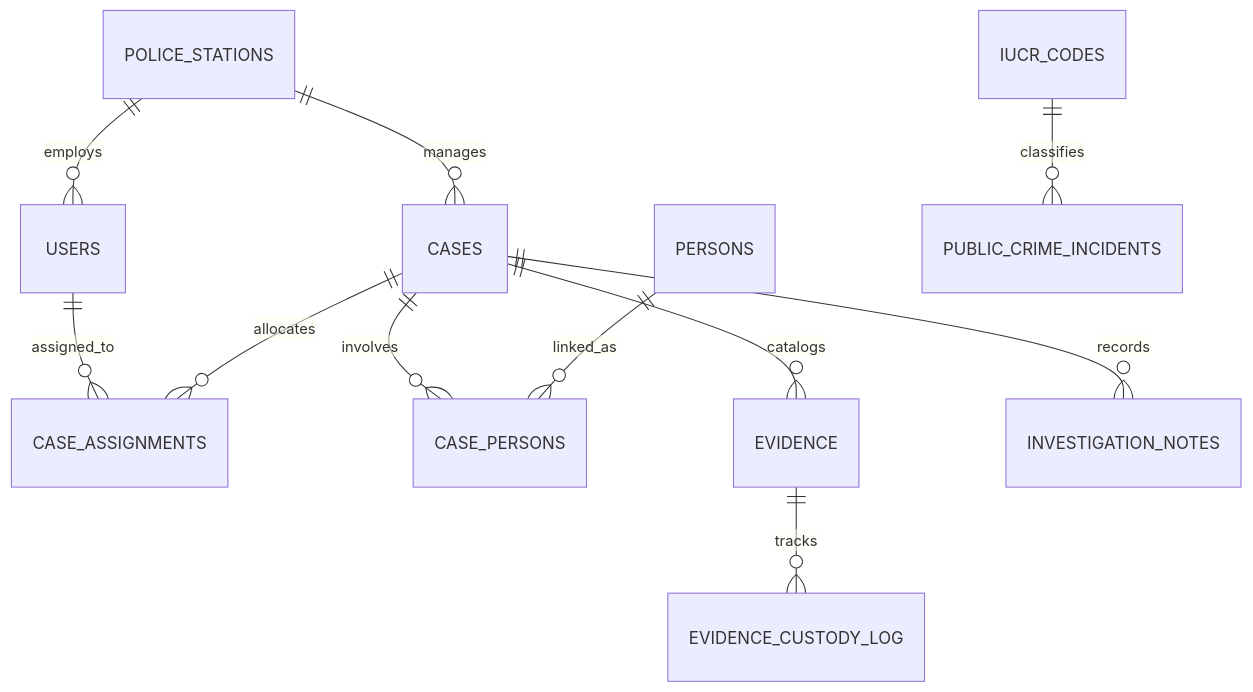
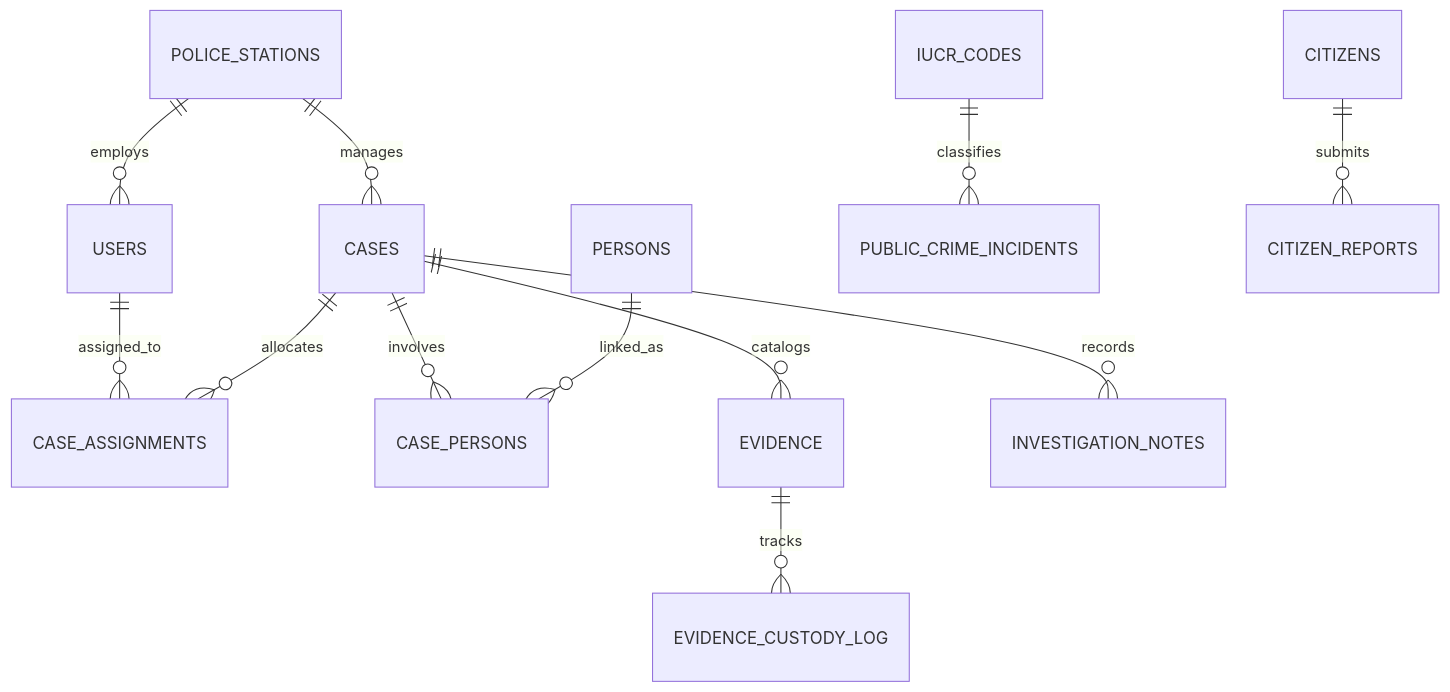
Before and after one commit to ayushshyam21/Criminal-database: the diagram in docs/PROJECT_REPORT.md, drawn with Mermaid. The commit also changed other lines of this file and 35 other files, not shown here.

````diff
--- a/docs/PROJECT_REPORT.md
+++ b/docs/PROJECT_REPORT.md
@@ -48,13 +53,14 @@
 ```mermaid
 erDiagram
     POLICE_STATIONS ||--o{ USERS : employs
     POLICE_STATIONS ||--o{ CASES : manages
     USERS ||--o{ CASE_ASSIGNMENTS : assigned_to
     CASES ||--o{ CASE_ASSIGNMENTS : allocates
     CASES ||--o{ CASE_PERSONS : involves
     PERSONS ||--o{ CASE_PERSONS : linked_as
     CASES ||--o{ EVIDENCE : catalogs
     EVIDENCE ||--o{ EVIDENCE_CUSTODY_LOG : tracks
     CASES ||--o{ INVESTIGATION_NOTES : records
     IUCR_CODES ||--o{ PUBLIC_CRIME_INCIDENTS : classifies
+    CITIZENS ||--o{ CITIZEN_REPORTS : submits
 ```
````
